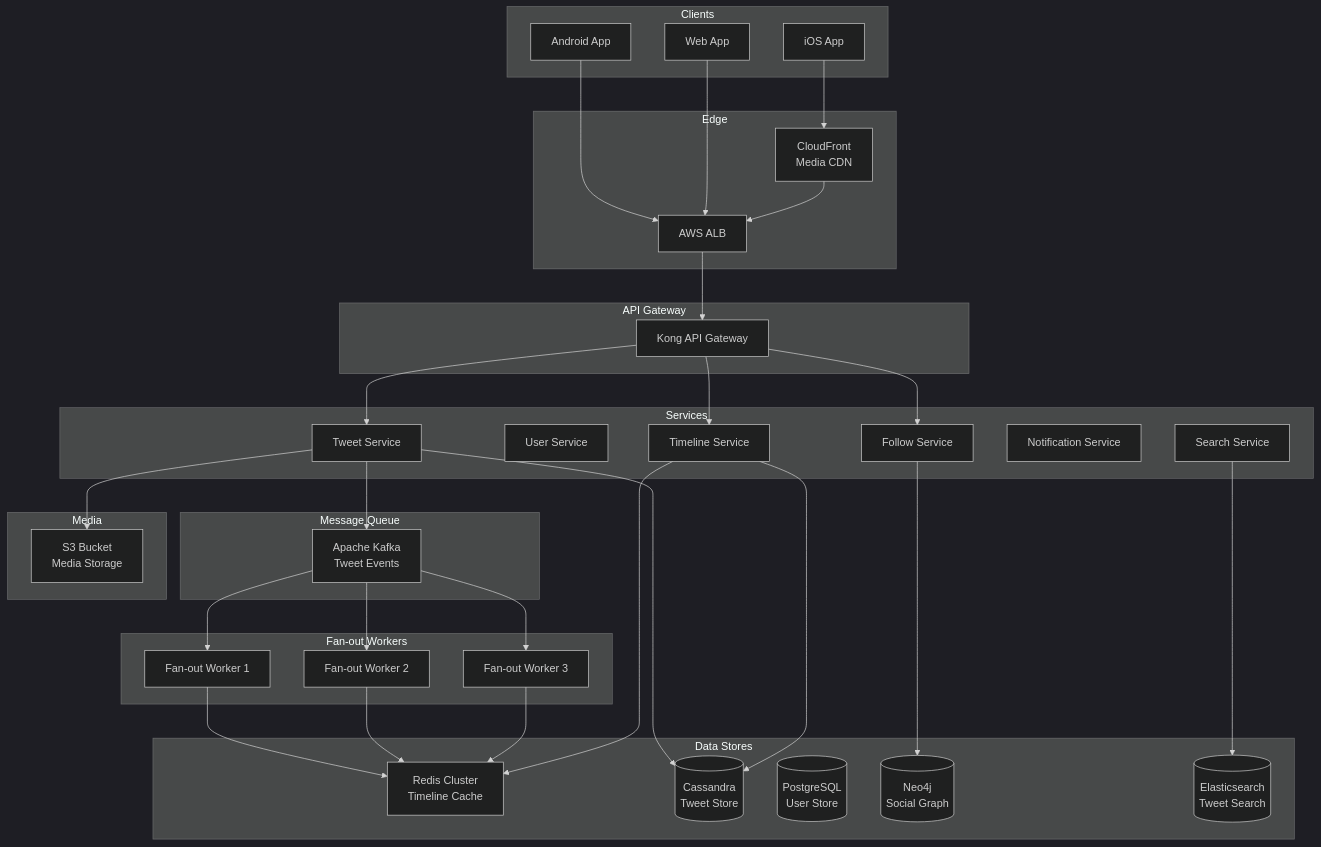
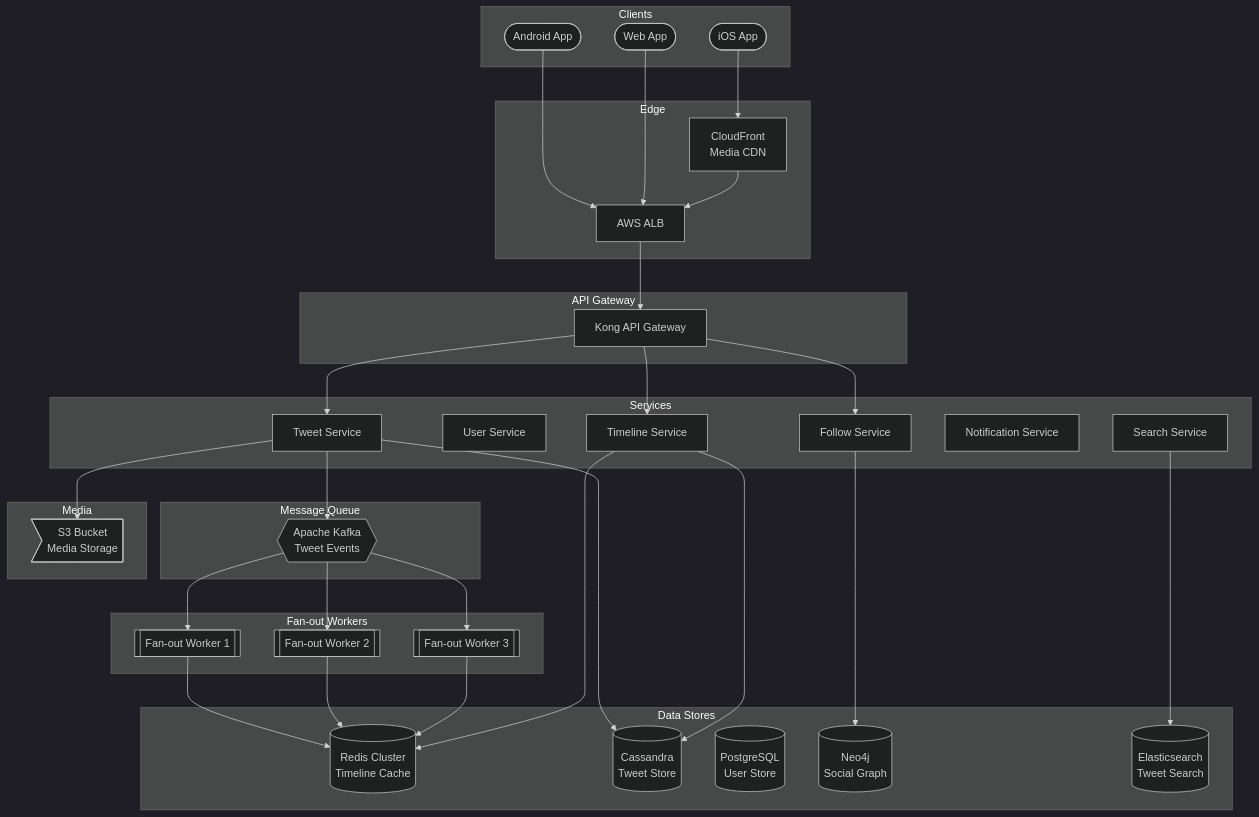
The diagram in docs/prep/System Design/06-Case-Studies/08-twitter.md (ShanmugaGanesh1999/Portfolio), drawn with Mermaid (dark theme) before and after one commit. The commit also changed 40 other files, not shown here.

First line of the commit message:
Refactor diagram node rendering to use reusable shape components

````diff
--- a/docs/prep/System Design/06-Case-Studies/08-twitter.md
+++ b/docs/prep/System Design/06-Case-Studies/08-twitter.md
@@ -58,70 +58,70 @@
 ```mermaid
 graph TD
     subgraph Clients
-        C1[iOS App]
-        C2[Android App]
-        C3[Web App]
+        C1([iOS App])
+        C2([Android App])
+        C3([Web App])
     end
     
     subgraph Edge
         LB[AWS ALB]
         CDN[CloudFront<br/>Media CDN]
     end
     
     subgraph API Gateway
         GW[Kong API Gateway]
     end
     
     subgraph Services
         TS[Tweet Service]
         US[User Service]
         TLS[Timeline Service]
         FS[Follow Service]
         NS[Notification Service]
         SS[Search Service]
     end
     
     subgraph Message Queue
-        KAFKA[Apache Kafka<br/>Tweet Events]
+        KAFKA{{Apache Kafka<br/>Tweet Events}}
     end
     
     subgraph Fan-out Workers
-        FW1[Fan-out Worker 1]
-        FW2[Fan-out Worker 2]
-        FW3[Fan-out Worker 3]
+        FW1[[Fan-out Worker 1]]
+        FW2[[Fan-out Worker 2]]
+        FW3[[Fan-out Worker 3]]
     end
     
     subgraph Data Stores
-        REDIS[Redis Cluster<br/>Timeline Cache]
+        REDIS[(Redis Cluster<br/>Timeline Cache)]
         TWEETS[(Cassandra<br/>Tweet Store)]
         USERS[(PostgreSQL<br/>User Store)]
         GRAPH[(Neo4j<br/>Social Graph)]
         ES[(Elasticsearch<br/>Tweet Search)]
     end
     
     subgraph Media
-        S3[S3 Bucket<br/>Media Storage]
+        S3>S3 Bucket<br/>Media Storage]
     end
     
     C1 --> CDN
     C2 --> LB
     C3 --> LB
     CDN --> LB
     LB --> GW
     GW --> TS
     GW --> TLS
     GW --> FS
     TS --> KAFKA
     TS --> TWEETS
     TS --> S3
     KAFKA --> FW1
     KAFKA --> FW2
     KAFKA --> FW3
     FW1 --> REDIS
     FW2 --> REDIS
     FW3 --> REDIS
     TLS --> REDIS
     TLS --> TWEETS
     FS --> GRAPH
     SS --> ES
 ```
````
